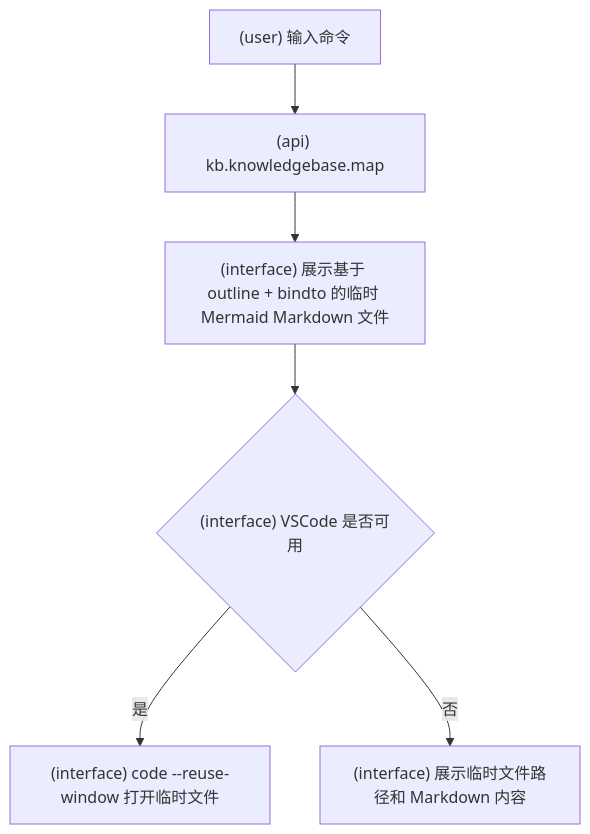
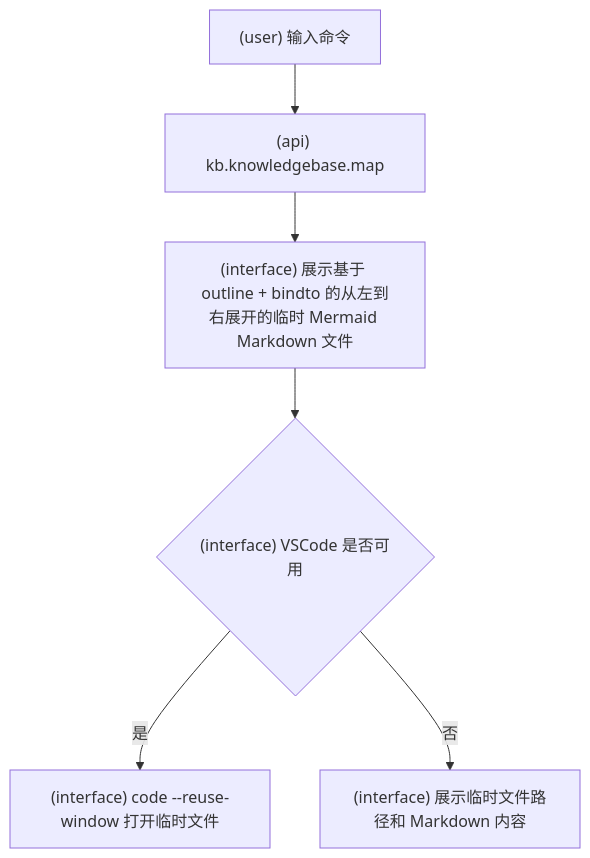
One commit to srangerme/KBManager changed the seventh of 19 diagrams in docs/SlashCommand流程图.md. Above: the diagram before and after it, drawn with Mermaid. The commit also changed other lines of this file and 11 other files, not shown here.

````diff
--- a/docs/SlashCommand流程图.md
+++ b/docs/SlashCommand流程图.md
@@ -116,8 +116,8 @@
 ```mermaid
 flowchart TD
   A["(user) 输入命令"] --> B["(api) kb.knowledgebase.map"]
-  B --> C["(interface) 展示基于 outline + bindto 的临时 Mermaid Markdown 文件"]
+  B --> C["(interface) 展示基于 outline + bindto 的从左到右展开的临时 Mermaid Markdown 文件"]
   C --> D{"(interface) VSCode 是否可用"}
   D -- 是 --> E["(interface) code --reuse-window 打开临时文件"]
   D -- 否 --> F["(interface) 展示临时文件路径和 Markdown 内容"]
 ```
````
